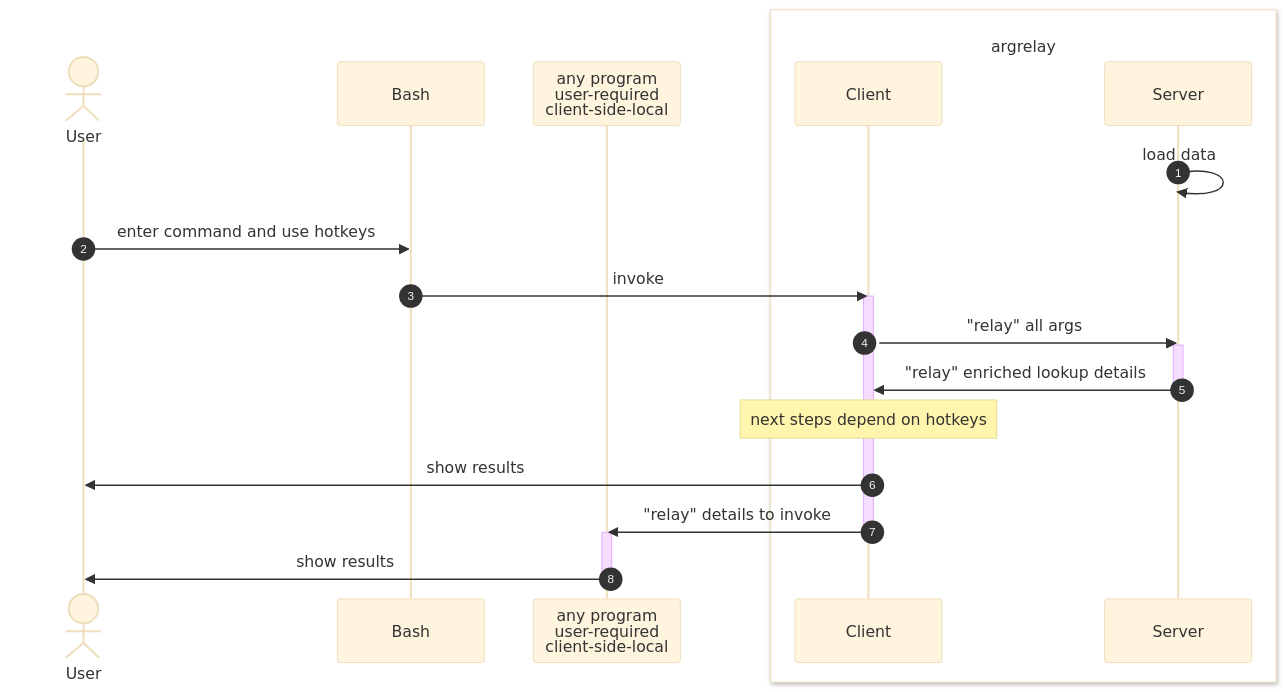
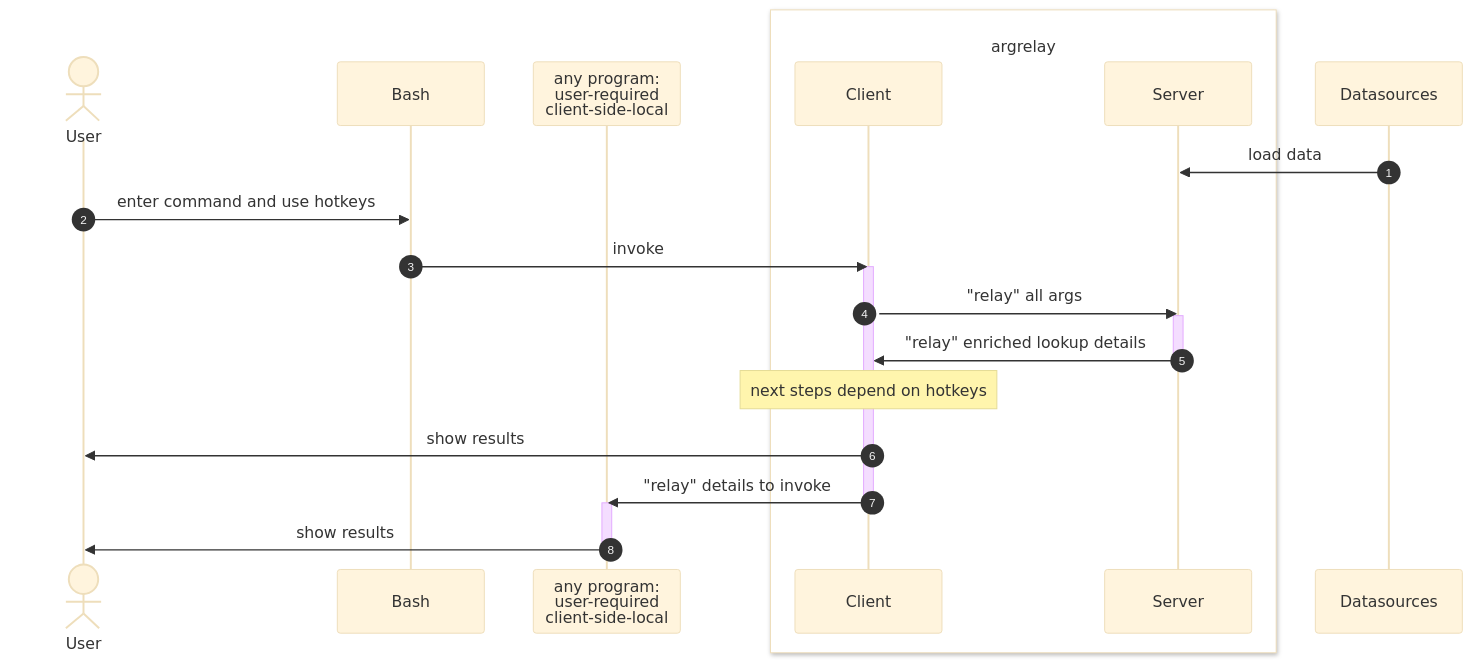
One commit to argrelay/argrelay changed the diagram in readme.md. Above: the diagram before and after it, drawn with Mermaid (base theme).

Commit message:
Update diagram

````diff
--- a/readme.md
+++ b/readme.md
@@ -78,26 +78,27 @@
 ```mermaid
 sequenceDiagram
     autonumber
     Actor U as <br/>User
     participant B as Bash
-    participant P as any program<br/>user-required<br/>client-side-local
+    participant P as any program:<br/>user-required<br/>client-side-local
     box rgb(255, 255, 255) <br/>argrelay
     participant C as Client
     participant S as Server
     end
-    S ->> S: load data
+    participant D as Datasources
+    D ->> S: load data
     U ->> B: enter command and use hotkeys
     B ->> C: invoke
     activate C
     C ->> S: "relay" all args
     activate S
     S ->> C: "relay" enriched lookup details
     deactivate S
     Note over C: next steps depend on hotkeys
     C ->> U: show results
     C ->> P: "relay" details to invoke
     deactivate C
     activate P
     P ->> U: show results
     deactivate P
 ```
````
